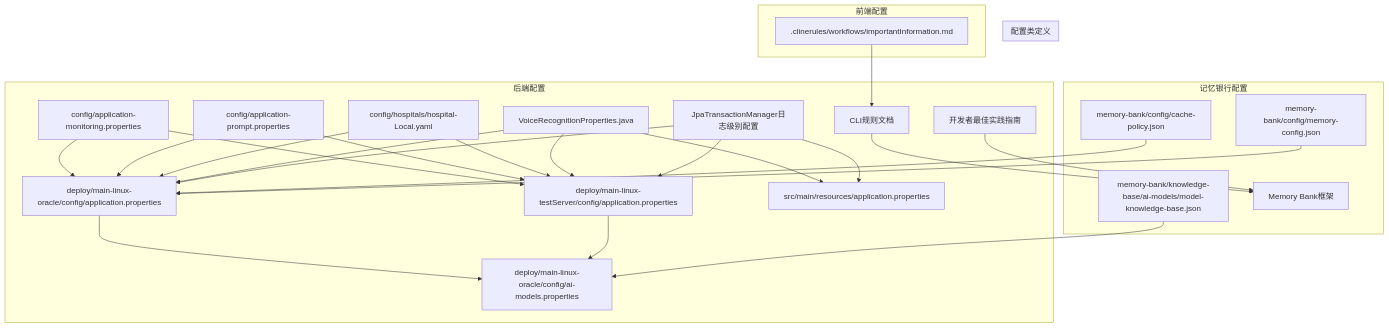
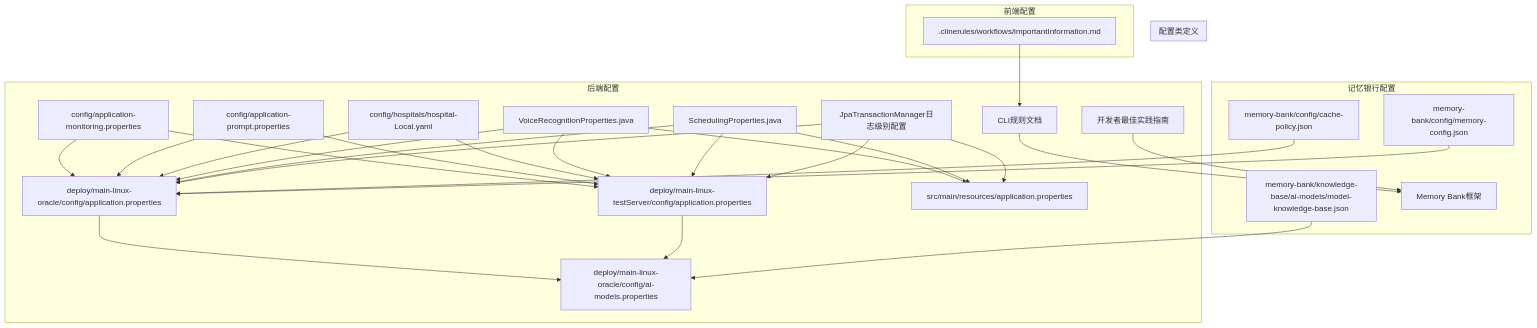
The first of 3 diagrams in .qoder/repowiki/zh/content/配置管理/配置管理.md (liuzh2008/med_ai_assistant_workspace), drawn with Mermaid before and after one commit. The commit also changed other lines of this file and 6 other files, not shown here.

````diff
--- a/.qoder/repowiki/zh/content/配置管理/配置管理.md
+++ b/.qoder/repowiki/zh/content/配置管理/配置管理.md
@@ -70,48 +78,53 @@
 ```mermaid
 graph TB
 subgraph "后端配置"
 CFG_PROP["config/application-monitoring.properties"]
 PROMPT_PROP["config/application-prompt.properties"]
 HOSP_LOCAL["config/hospitals/hospital-Local.yaml"]
 ORA_PROD["deploy/main-linux-oracle/config/application.properties"]
 ORA_AI["deploy/main-linux-oracle/config/ai-models.properties"]
 TEST_PROD["deploy/main-linux-testServer/config/application.properties"]
 DEV_PROP["src/main/resources/application.properties"]
 VOICE_PROP["VoiceRecognitionProperties.java"]
+SCHEDULING_PROP["SchedulingProperties.java"]
 TXN_LOG["JpaTransactionManager日志级别配置"]
 CLI_RULES["CLI规则文档"]
 END_USER_GUIDE["开发者最佳实践指南"]
 end
 subgraph "记忆银行配置"
 CACHE_POLICY["memory-bank/config/cache-policy.json"]
 MEM_CFG["memory-bank/config/memory-config.json"]
 MODEL_KB["memory-bank/knowledge-base/ai-models/model-knowledge-base.json"]
 MEMORY_BANK["Memory Bank框架"]
 end
 subgraph "配置类定义"
 VOICE_PROP
+SCHEDULING_PROP
 end
 subgraph "前端配置"
 FRONTEND_CLI[".clinerules/workflows/importantInformation.md"]
 end
 ORA_PROD --> ORA_AI
 TEST_PROD --> ORA_AI
 CFG_PROP --> ORA_PROD
 CFG_PROP --> TEST_PROD
 PROMPT_PROP --> ORA_PROD
 PROMPT_PROP --> TEST_PROD
 HOSP_LOCAL --> ORA_PROD
 HOSP_LOCAL --> TEST_PROD
 CACHE_POLICY --> ORA_PROD
 MEM_CFG --> ORA_PROD
 MODEL_KB --> ORA_AI
 VOICE_PROP --> ORA_PROD
 VOICE_PROP --> TEST_PROD
 VOICE_PROP --> DEV_PROP
+SCHEDULING_PROP --> ORA_PROD
+SCHEDULING_PROP --> TEST_PROD
+SCHEDULING_PROP --> DEV_PROP
 TXN_LOG --> ORA_PROD
 TXN_LOG --> TEST_PROD
 TXN_LOG --> DEV_PROP
 CLI_RULES --> MEMORY_BANK
 END_USER_GUIDE --> MEMORY_BANK
 FRONTEND_CLI --> CLI_RULES
 ```
````
